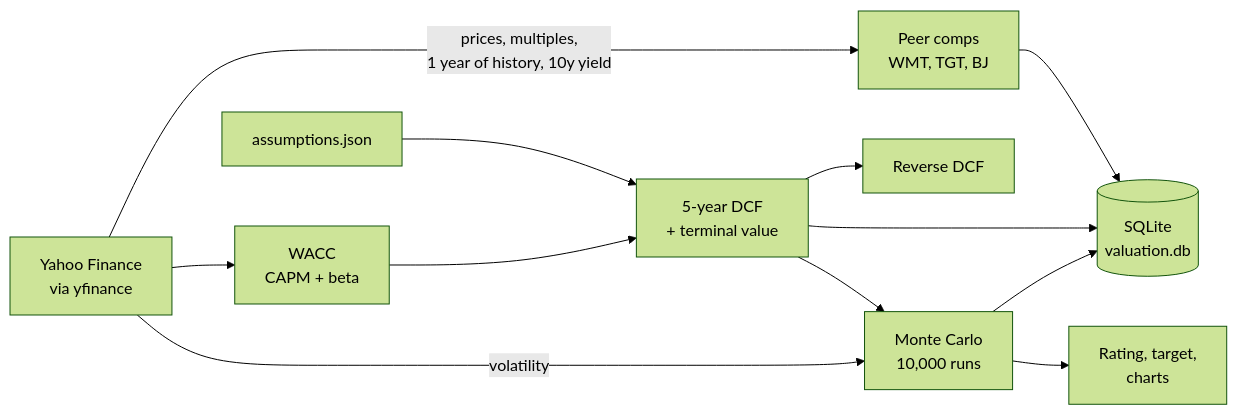
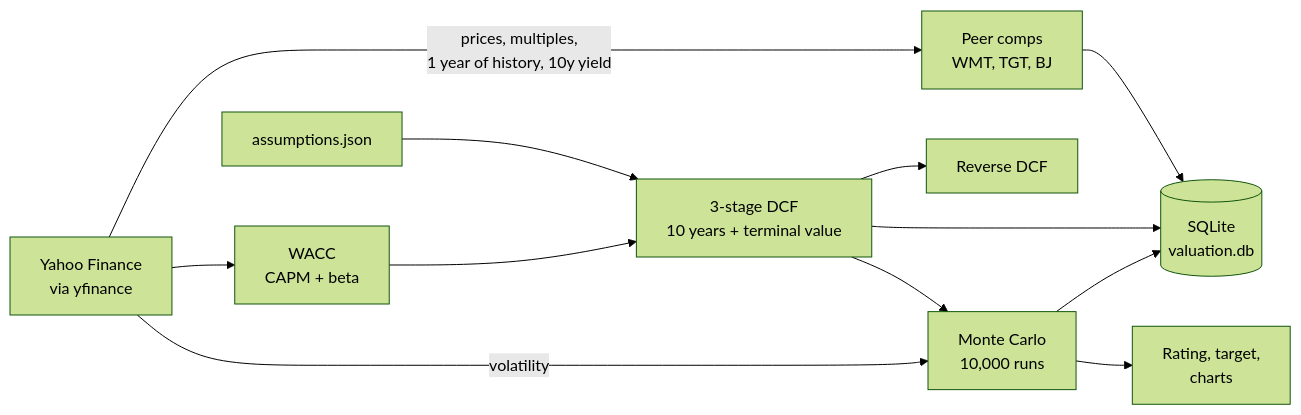
One commit to karthikVenkata-Create/Costco-Equity-Valuation-Engine changed the diagram in README.md. Above: the diagram before and after it, drawn with Mermaid (forest theme).

Commit message:
README: diagram label for three-stage DCF
Claude-Session: https://claude.ai/code/session_01PwWiu9VvfnFup429FUePv6

````diff
--- a/README.md
+++ b/README.md
@@ -51,14 +51,14 @@
 ```mermaid
 flowchart LR
     A[Yahoo Finance<br/>via yfinance] -->|prices, multiples,<br/>1 year of history, 10y yield| B[Peer comps<br/>WMT, TGT, BJ]
     A --> C[WACC<br/>CAPM + beta]
     F[assumptions.json] --> D
-    C --> D[5-year DCF<br/>+ terminal value]
+    C --> D[3-stage DCF<br/>10 years + terminal value]
     D --> R[Reverse DCF]
     D --> E[Monte Carlo<br/>10,000 runs]
     A -->|volatility| E
     B --> G[(SQLite<br/>valuation.db)]
     D --> G
     E --> G
     E --> H[Rating, target,<br/>charts]
 ```
````
